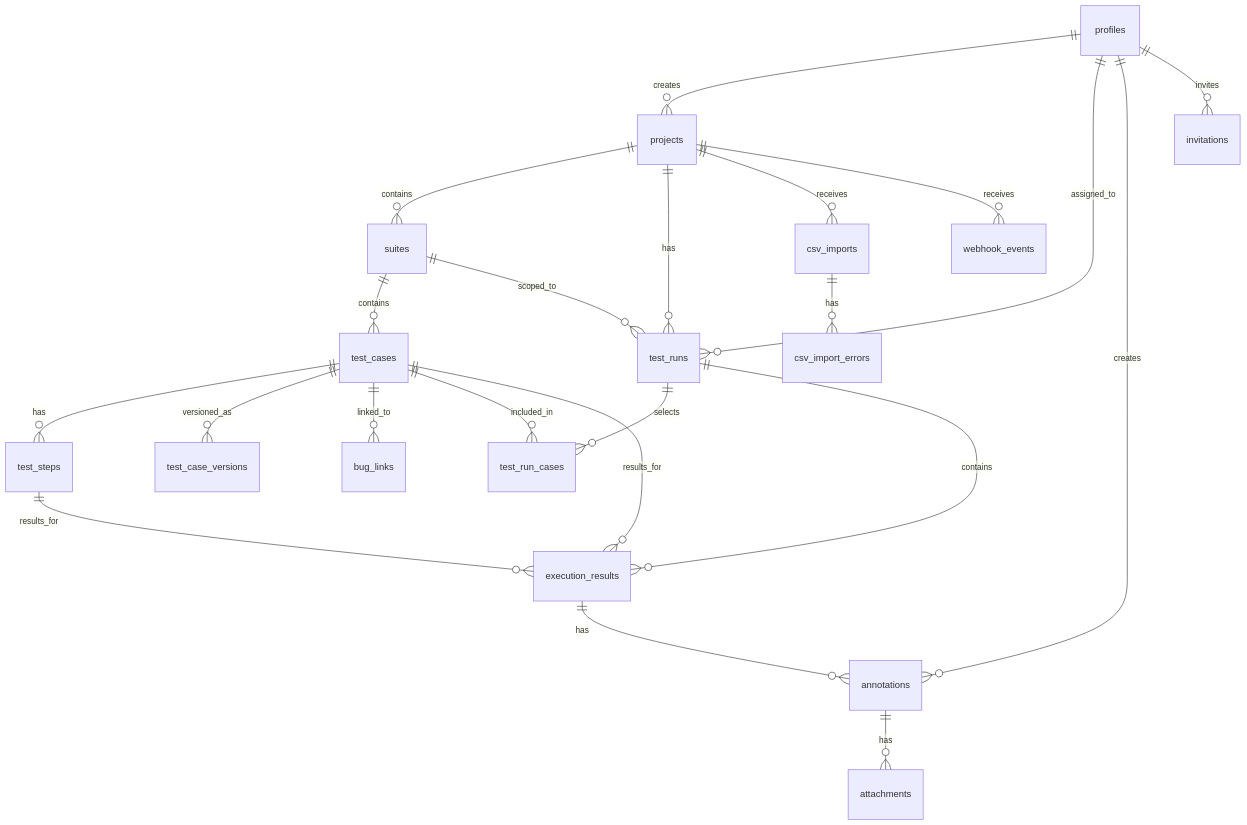
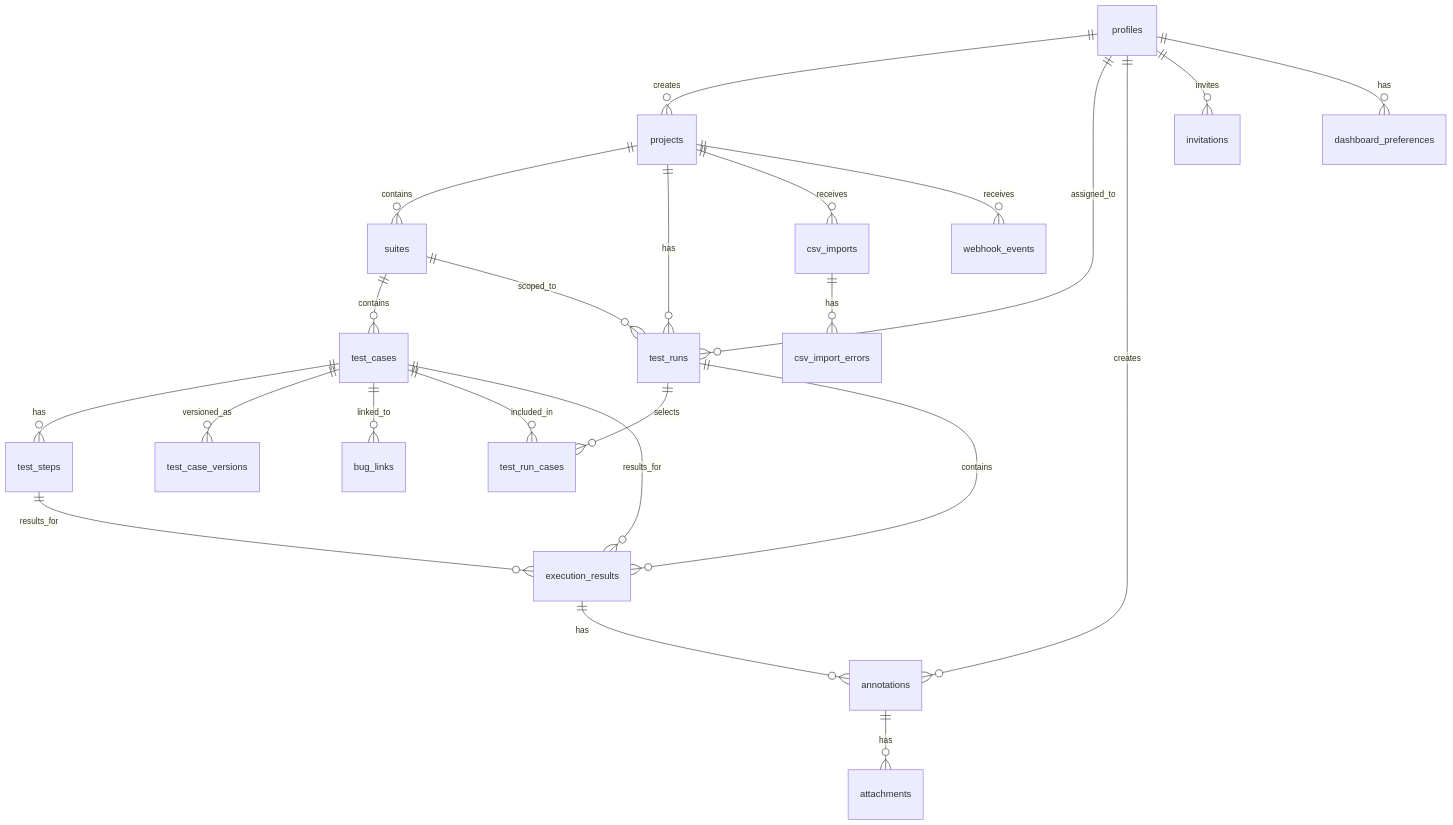
Before and after one commit to JoinFullStackDev/TCM: the first of 2 diagrams in docs/schema.md, drawn with Mermaid. The commit also changed other lines of this file and 16 other files, not shown here.

````diff
--- a/docs/schema.md
+++ b/docs/schema.md
@@ -7,31 +7,33 @@
 ```mermaid
 erDiagram
     profiles ||--o{ projects : "creates"
     profiles ||--o{ test_runs : "assigned_to"
     profiles ||--o{ annotations : "creates"
     profiles ||--o{ invitations : "invites"
 
     projects ||--o{ suites : "contains"
     projects ||--o{ test_runs : "has"
     projects ||--o{ csv_imports : "receives"
     projects ||--o{ webhook_events : "receives"
 
     suites ||--o{ test_cases : "contains"
     suites ||--o{ test_runs : "scoped_to"
 
     test_cases ||--o{ test_steps : "has"
     test_cases ||--o{ test_case_versions : "versioned_as"
     test_cases ||--o{ bug_links : "linked_to"
     test_cases ||--o{ test_run_cases : "included_in"
     test_cases ||--o{ execution_results : "results_for"
 
     test_steps ||--o{ execution_results : "results_for"
 
     test_runs ||--o{ test_run_cases : "selects"
     test_runs ||--o{ execution_results : "contains"
 
     execution_results ||--o{ annotations : "has"
     annotations ||--o{ attachments : "has"
 
     csv_imports ||--o{ csv_import_errors : "has"
+
+    profiles ||--o{ dashboard_preferences : "has"
 ```
````
